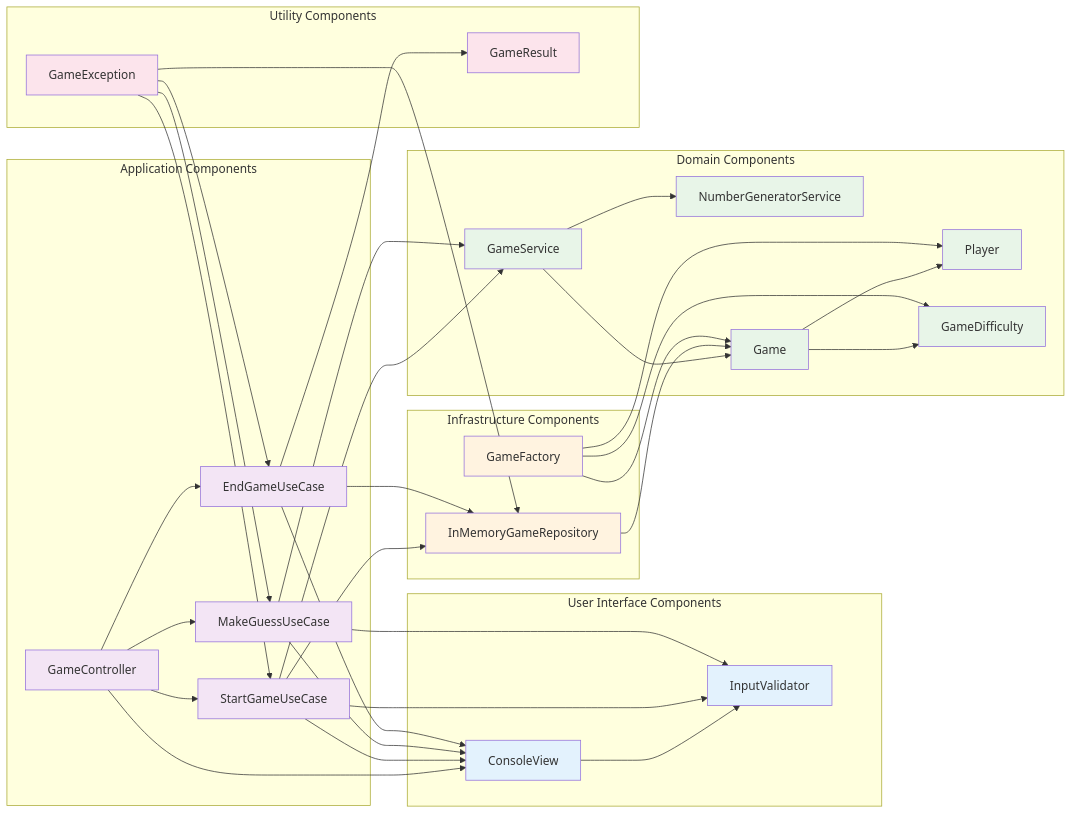
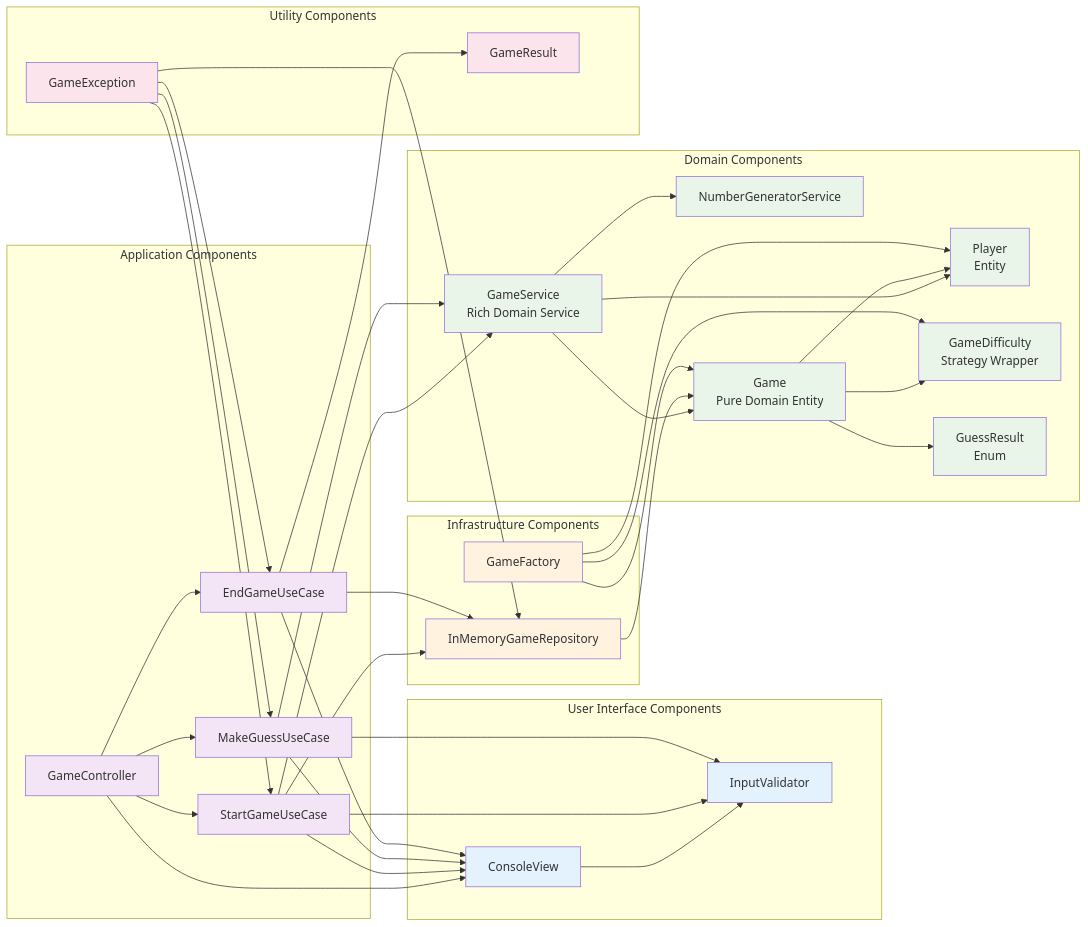
The second of 3 diagrams in number-guessing-game/UML Diagrams/ComponentDiagram.md (Shockp/Backend-Projects), drawn with Mermaid before and after one commit. The commit also changed other lines of this file and 8 other files, not shown here.

````diff
--- a/number-guessing-game/UML Diagrams/ComponentDiagram.md
+++ b/number-guessing-game/UML Diagrams/ComponentDiagram.md
@@ -106,11 +108,12 @@
     end
 
     subgraph "Domain Components"
-        GameService[GameService]
+        GameService[GameService<br/>Rich Domain Service]
         NumberGeneratorService[NumberGeneratorService]
-        Game[Game]
-        Player[Player]
-        GameDifficulty[GameDifficulty]
+        Game[Game<br/>Pure Domain Entity]
+        Player[Player<br/>Entity]
+        GameDifficulty[GameDifficulty<br/>Strategy Wrapper]
+        GuessResult[GuessResult<br/>Enum]
     end
 
     subgraph "Infrastructure Components"
@@ -148,8 +151,10 @@
     %% Domain Layer Dependencies
     GameService --> Game
     GameService --> NumberGeneratorService
+    GameService --> Player
     Game --> Player
     Game --> GameDifficulty
+    Game --> GuessResult
 
     %% Infrastructure Layer Dependencies
     InMemoryGameRepository --> Game
@@ -172,7 +177,7 @@
 
     class ConsoleView,InputValidator ui
     class GameController,StartGameUseCase,MakeGuessUseCase,EndGameUseCase app
-    class GameService,NumberGeneratorService,Game,Player,GameDifficulty domain
+    class GameService,NumberGeneratorService,Game,Player,GameDifficulty,GuessResult domain
     class InMemoryGameRepository,GameFactory infra
     class GameResult,GameException util
 ```
````
